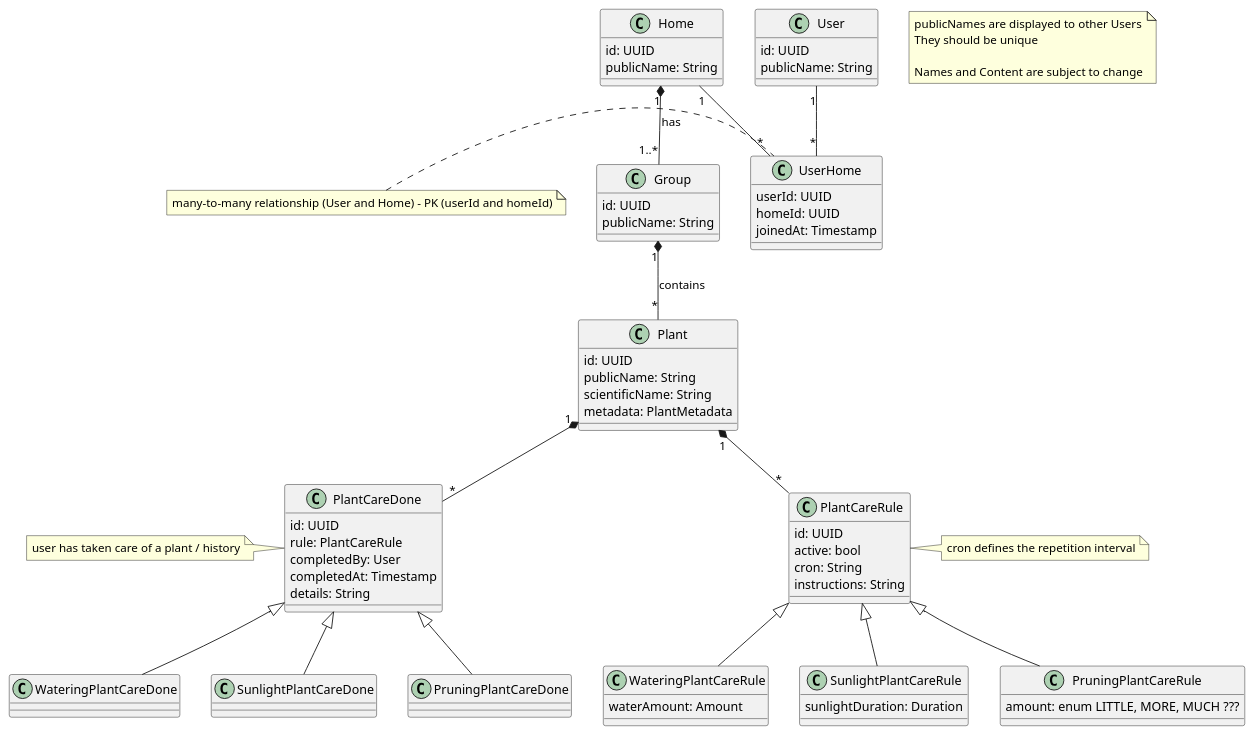
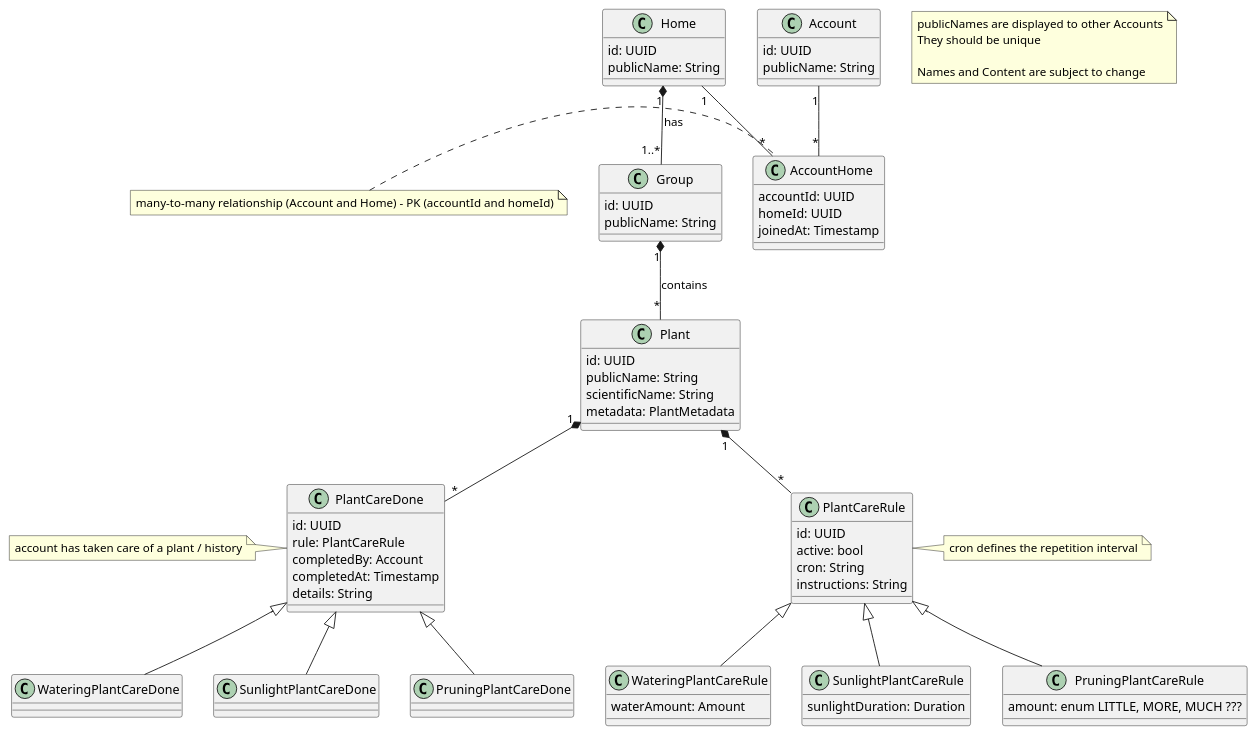
One commit to DaniyarSabirov/powerplants changed the diagram in docs/ERM.puml. Above: the diagram before and after it, drawn with PlantUML. The commit also changed 1 other file, not shown here.

Commit message:
ERM: rename User to Account because of database problems

```diff
--- a/docs/ERM.puml
+++ b/docs/ERM.puml
@@ -1,90 +1,90 @@
 @startuml
 
 note as N1
-  publicNames are displayed to other Users
+  publicNames are displayed to other Accounts
   They should be unique
 
   Names and Content are subject to change
 end note
 
-class User {
+class Account {
   id: UUID
   publicName: String
 }
 
 class Home {
   id: UUID
   publicName: String
 }
 
-class UserHome {
-  userId: UUID
+class AccountHome {
+  accountId: UUID
   homeId: UUID
   joinedAt: Timestamp
 }
-note left: many-to-many relationship (User and Home) - PK (userId and homeId)
+note left: many-to-many relationship (Account and Home) - PK (accountId and homeId)
 
 class Group {
   id: UUID
   publicName: String
 }
 
 class Plant {
   id: UUID
   publicName: String
   scientificName: String
   metadata: PlantMetadata
 }
 
 class PlantCareDone {
   id: UUID
   rule: PlantCareRule
-  completedBy: User
+  completedBy: Account
   completedAt: Timestamp
   details: String
 }
-note left: user has taken care of a plant / history
+note left: account has taken care of a plant / history
 
 class WateringPlantCareDone {}
 
 class SunlightPlantCareDone {}
 
 class PruningPlantCareDone {}
 
 class PlantCareRule {
   id: UUID
   active: bool
   cron: String
   instructions: String
 }
 note right: cron defines the repetition interval
 
 class WateringPlantCareRule {
   waterAmount: Amount
 }
 
 class SunlightPlantCareRule {
   sunlightDuration: Duration
 }
 
 class PruningPlantCareRule {
   amount: enum LITTLE, MORE, MUCH ???
 }
 
-User "1" -- "*" UserHome
-Home "1" -- "*" UserHome
+Account "1" -- "*" AccountHome
+Home "1" -- "*" AccountHome
 Home "1" *-- "1..*" Group : has
 Group "1" *-- "*" Plant : contains
 
 Plant "1" *-- "*" PlantCareDone
 Plant "1" *-- "*" PlantCareRule
 
 PlantCareDone <|-- WateringPlantCareDone
 PlantCareDone <|-- SunlightPlantCareDone
 PlantCareDone <|-- PruningPlantCareDone
 
 PlantCareRule <|-- WateringPlantCareRule
 PlantCareRule <|-- SunlightPlantCareRule
 PlantCareRule <|-- PruningPlantCareRule
 
 @enduml
```
